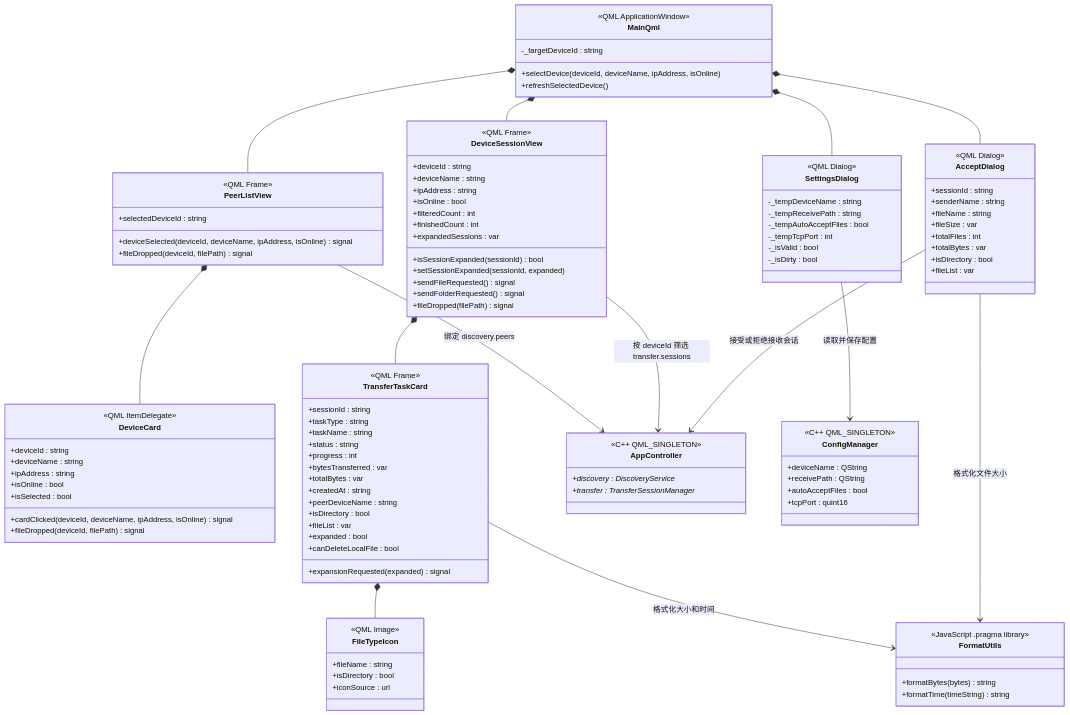
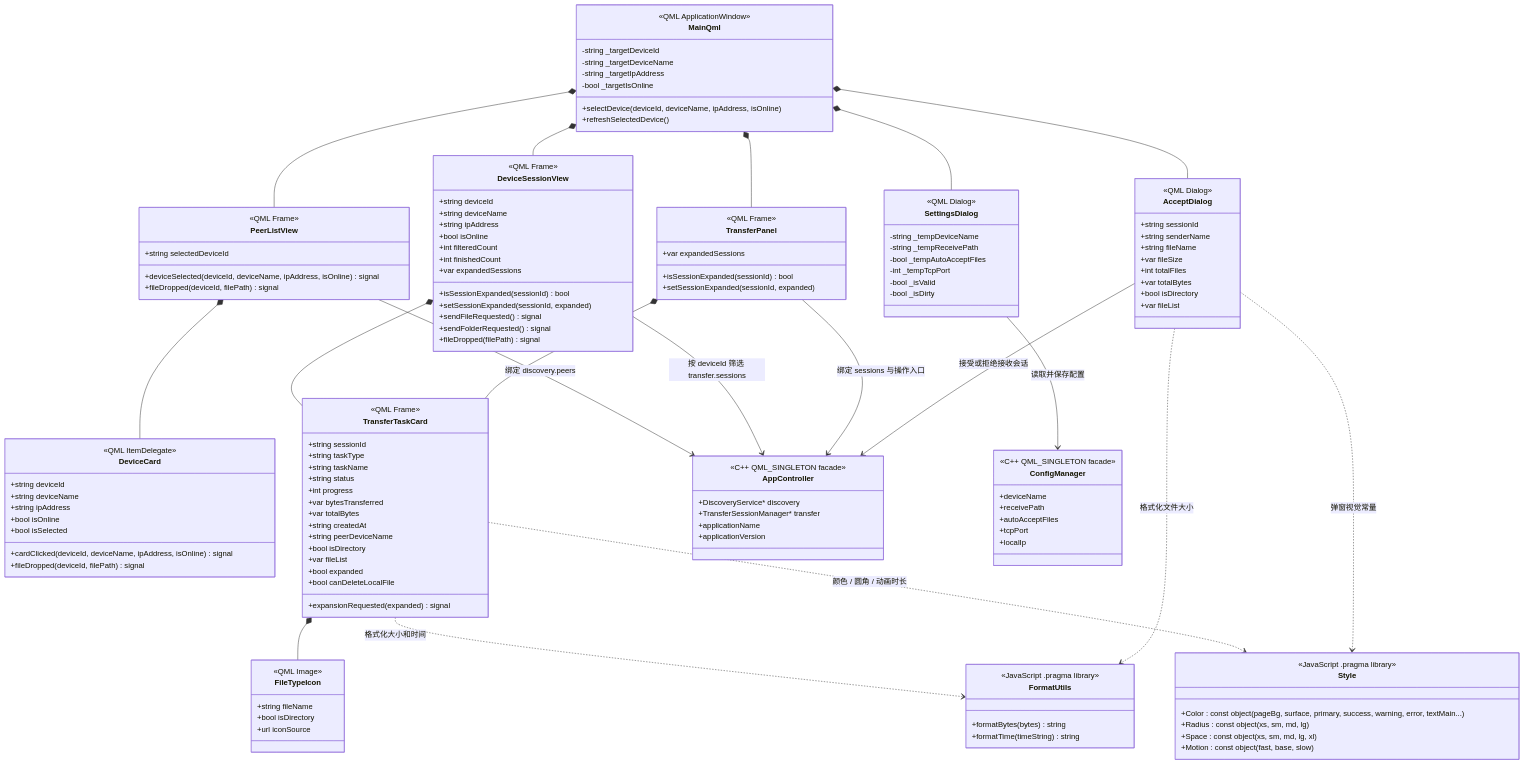
One commit to Gsheep0729/GridYard changed the fourth of 5 diagrams in doc/diagrams/class-diagram.md. Above: the diagram before and after it, drawn with Mermaid. The commit also changed other lines of this file and 24 other files, not shown here.

First line of the commit message:
完善 UML 设计图并按 v4.16.0 细化类图

````diff
--- a/doc/diagrams/class-diagram.md
+++ b/doc/diagrams/class-diagram.md
@@ -318,38 +466,41 @@
 
     class MainQml {
         <<QML ApplicationWindow>>
-        -_targetDeviceId : string
+        -string _targetDeviceId
+        -string _targetDeviceName
+        -string _targetIpAddress
+        -bool _targetIsOnline
         +selectDevice(deviceId, deviceName, ipAddress, isOnline)
         +refreshSelectedDevice()
     }
 
     class PeerListView {
         <<QML Frame>>
-        +selectedDeviceId : string
+        +string selectedDeviceId
         +deviceSelected(deviceId, deviceName, ipAddress, isOnline) signal
         +fileDropped(deviceId, filePath) signal
     }
 
     class DeviceCard {
         <<QML ItemDelegate>>
-        +deviceId : string
-        +deviceName : string
-        +ipAddress : string
-        +isOnline : bool
-        +isSelected : bool
+        +string deviceId
+        +string deviceName
+        +string ipAddress
+        +bool isOnline
+        +bool isSelected
         +cardClicked(deviceId, deviceName, ipAddress, isOnline) signal
         +fileDropped(deviceId, filePath) signal
     }
 
     class DeviceSessionView {
         <<QML Frame>>
-        +deviceId : string
-        +deviceName : string
-        +ipAddress : string
-        +isOnline : bool
-        +filteredCount : int
-        +finishedCount : int
-        +expandedSessions : var
+        +string deviceId
+        +string deviceName
+        +string ipAddress
+        +bool isOnline
+        +int filteredCount
+        +int finishedCount
+        +var expandedSessions
         +isSessionExpanded(sessionId) bool
         +setSessionExpanded(sessionId, expanded)
         +sendFileRequested() signal
@@ -359,27 +510,27 @@
 
     class TransferTaskCard {
         <<QML Frame>>
-        +sessionId : string
-        +taskType : string
-        +taskName : string
-        +status : string
-        +progress : int
-        +bytesTransferred : var
-        +totalBytes : var
-        +createdAt : string
-        +peerDeviceName : string
-        +isDirectory : bool
-        +fileList : var
-        +expanded : bool
-        +canDeleteLocalFile : bool
+        +string sessionId
+        +string taskType
+        +string taskName
+        +string status
+        +int progress
+        +var bytesTransferred
+        +var totalBytes
+        +string createdAt
+        +string peerDeviceName
+        +bool isDirectory
+        +var fileList
+        +bool expanded
+        +bool canDeleteLocalFile
         +expansionRequested(expanded) signal
     }
 
     class FileTypeIcon {
         <<QML Image>>
-        +fileName : string
-        +isDirectory : bool
-        +iconSource : url
+        +string fileName
+        +bool isDirectory
+        +url iconSource
     }
 
     class FormatUtils {
@@ -388,53 +539,76 @@
         +formatTime(timeString) string
     }
 
+    class Style {
+        <<JavaScript .pragma library>>
+        +Color : const object (pageBg, surface, primary, success, warning, error, textMain...)
+        +Radius : const object (xs, sm, md, lg)
+        +Space : const object (xs, sm, md, lg, xl)
+        +Motion : const object (fast, base, slow)
+    }
+
     class SettingsDialog {
         <<QML Dialog>>
-        -_tempDeviceName : string
-        -_tempReceivePath : string
-        -_tempAutoAcceptFiles : bool
-        -_tempTcpPort : int
-        -_isValid : bool
-        -_isDirty : bool
+        -string _tempDeviceName
+        -string _tempReceivePath
+        -bool _tempAutoAcceptFiles
+        -int _tempTcpPort
+        -bool _isValid
+        -bool _isDirty
     }
 
     class AcceptDialog {
         <<QML Dialog>>
-        +sessionId : string
-        +senderName : string
-        +fileName : string
-        +fileSize : var
-        +totalFiles : int
-        +totalBytes : var
-        +isDirectory : bool
-        +fileList : var
+        +string sessionId
+        +string senderName
+        +string fileName
+        +var fileSize
+        +int totalFiles
+        +var totalBytes
+        +bool isDirectory
+        +var fileList
+    }
+
+    class TransferPanel {
+        <<QML Frame>>
+        +var expandedSessions
+        +isSessionExpanded(sessionId) bool
+        +setSessionExpanded(sessionId, expanded)
     }
 
     class AppController {
-        <<C++ QML_SINGLETON>>
-        +discovery : DiscoveryService*
-        +transfer : TransferSessionManager*
+        <<C++ QML_SINGLETON facade>>
+        +DiscoveryService* discovery
+        +TransferSessionManager* transfer
+        +applicationName
+        +applicationVersion
     }
 
     class ConfigManager {
-        <<C++ QML_SINGLETON>>
-        +deviceName : QString
-        +receivePath : QString
-        +autoAcceptFiles : bool
-        +tcpPort : quint16
+        <<C++ QML_SINGLETON facade>>
+        +deviceName
+        +receivePath
+        +autoAcceptFiles
+        +tcpPort
+        +localIp
     }
 
     MainQml *-- PeerListView
     MainQml *-- DeviceSessionView
     MainQml *-- SettingsDialog
     MainQml *-- AcceptDialog
+    MainQml *-- TransferPanel
     PeerListView *-- DeviceCard
     DeviceSessionView *-- TransferTaskCard
+    TransferPanel *-- TransferTaskCard
     TransferTaskCard *-- FileTypeIcon
-    TransferTaskCard --> FormatUtils : 格式化大小和时间
-    AcceptDialog --> FormatUtils : 格式化文件大小
+    TransferTaskCard ..> FormatUtils : 格式化大小和时间
+    TransferTaskCard ..> Style : 颜色 / 圆角 / 动画时长
+    AcceptDialog ..> FormatUtils : 格式化文件大小
+    AcceptDialog ..> Style : 弹窗视觉常量
     PeerListView --> AppController : 绑定 discovery.peers
     DeviceSessionView --> AppController : 按 deviceId 筛选 transfer.sessions
+    TransferPanel --> AppController : 绑定 sessions 与操作入口
     AcceptDialog --> AppController : 接受或拒绝接收会话
     SettingsDialog --> ConfigManager : 读取并保存配置
 ```
````
